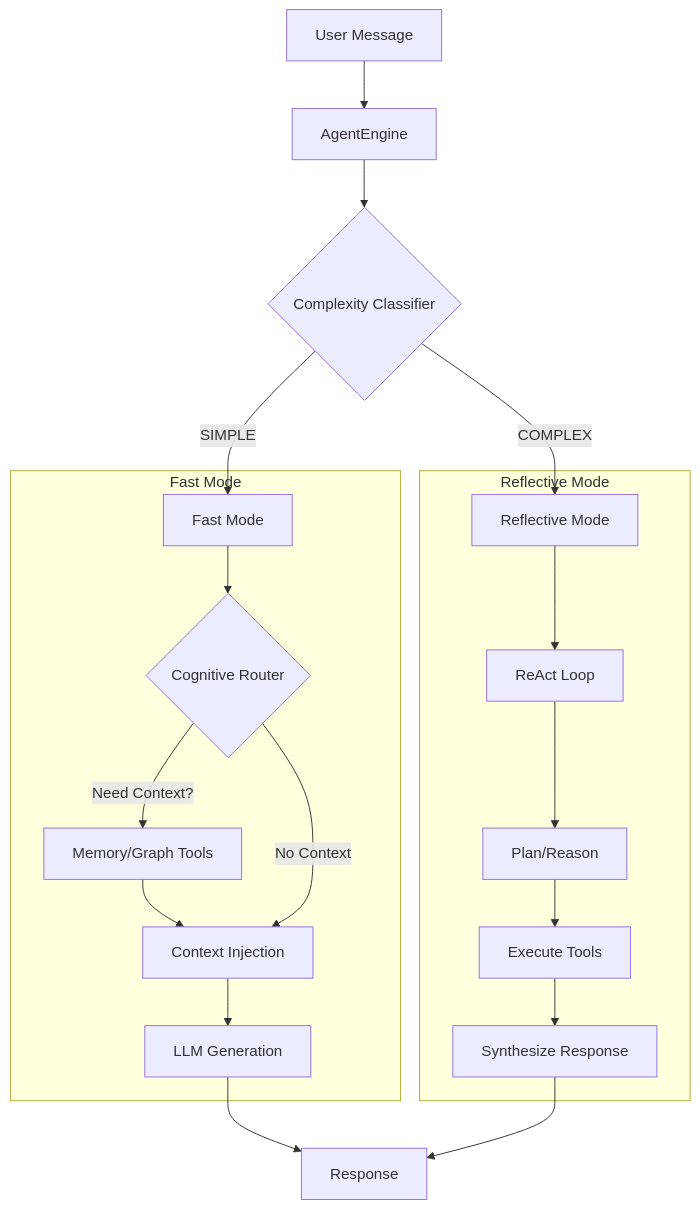
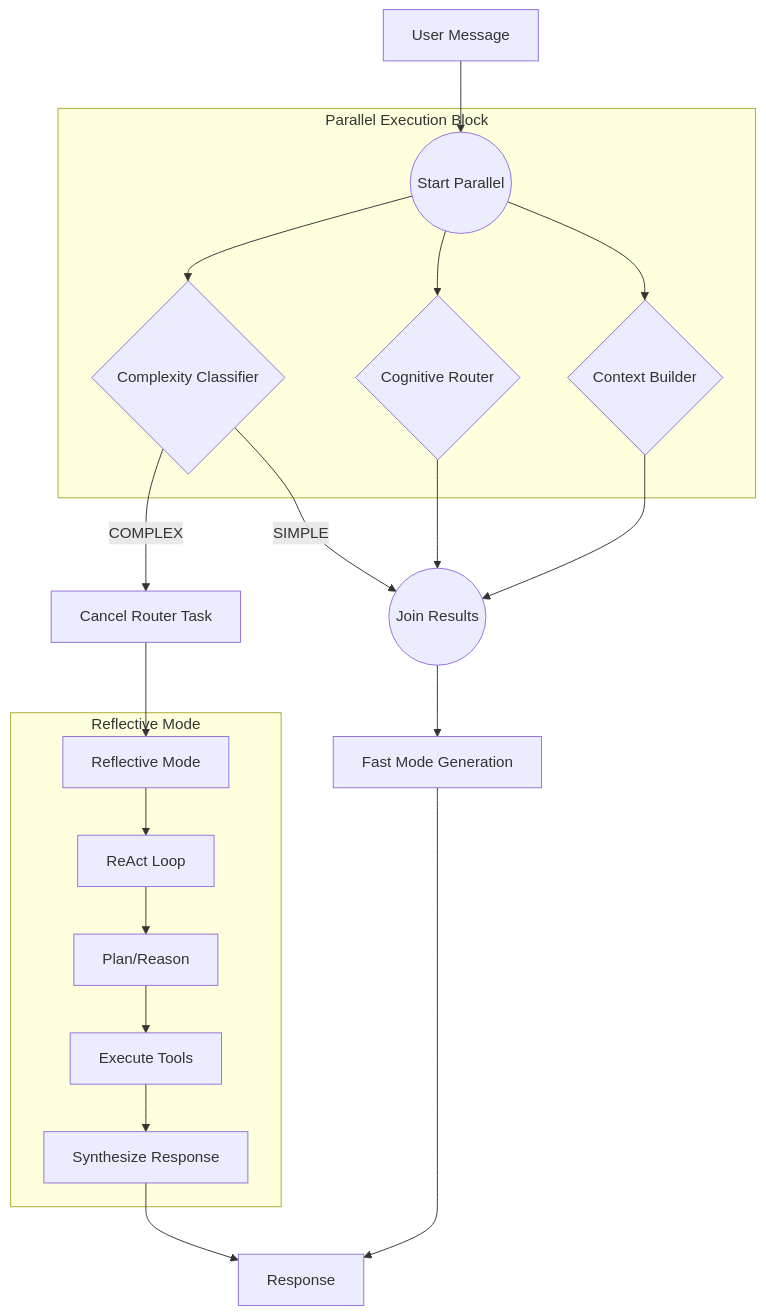
Before and after one commit to whisperengine-ai/whisperengine-v2: the first of 2 diagrams in docs/architecture/COGNITIVE_ENGINE.md, drawn with Mermaid. The commit also changed other lines of this file and 1 other file, not shown here.

Commit message:
feat: Enhance performance by implementing parallel execution in the Cognitive Engine and optimizing the complexity classifier

````diff
--- a/docs/architecture/COGNITIVE_ENGINE.md
+++ b/docs/architecture/COGNITIVE_ENGINE.md
@@ -63,27 +67,29 @@
 ```mermaid
 graph TD
-    User[User Message] --> Engine[AgentEngine]
+    User[User Message] --> ParallelStart((Start Parallel))
     
-    Engine --> Classifier{Complexity Classifier}
+    subgraph "Parallel Execution Block"
+        ParallelStart --> Classify{Complexity Classifier}
+        ParallelStart --> Route{Cognitive Router}
+        ParallelStart --> Build{Context Builder}
+    end
     
-    Classifier -->|SIMPLE| FastMode[Fast Mode]
-    Classifier -->|COMPLEX| ReflectiveMode[Reflective Mode]
+    Classify -->|COMPLEX| Cancel[Cancel Router Task]
+    Cancel --> ReflectiveMode[Reflective Mode]
     
-    subgraph "Fast Mode"
-        FastMode --> Router{Cognitive Router}
-        Router -->|Need Context?| Tools[Memory/Graph Tools]
-        Tools --> Context[Context Injection]
-        Router -->|No Context| Context
-        Context --> LLM[LLM Generation]
-    end
+    Classify -->|SIMPLE| Join((Join Results))
+    Route --> Join
+    Build --> Join
+    
+    Join --> FastMode[Fast Mode Generation]
     
     subgraph "Reflective Mode"
         ReflectiveMode --> ReAct[ReAct Loop]
         ReAct --> Plan[Plan/Reason]
         Plan --> Execute[Execute Tools]
         Execute --> Synthesize[Synthesize Response]
     end
     
-    LLM --> Response
+    FastMode --> Response
     Synthesize --> Response
 ```
````
